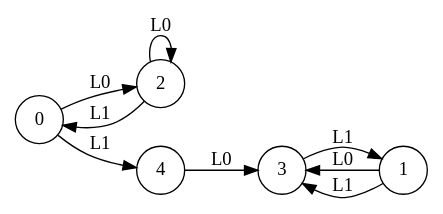
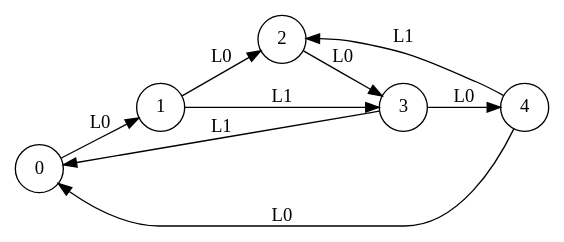
Before and after one commit to k85-ai/KB1: the diagram in automata/automaton_5_2_2_2.dot, drawn with Graphviz. The commit also changed 441 other files, not shown here.

```diff
--- a/automata/automaton_5_2_2_2.dot
+++ b/automata/automaton_5_2_2_2.dot
@@ -1,16 +1,16 @@
 digraph dotMachine {
   rankdir=LR;
   0 [shape=circle, label="0"];
   1 [shape=circle, label="1"];
   2 [shape=circle, label="2"];
   3 [shape=circle, label="3"];
   4 [shape=circle, label="4"];
-  0 -> 4 [label="L1"];
-  0 -> 2 [label="L0"];
-  1 -> 3 [label="L0"];
-  2 -> 2 [label="L0"];
-  2 -> 0 [label="L1"];
-  4 -> 3 [label="L0"];
-  3 -> 1 [label="L1"];
+  0 -> 1 [label="L0"];
+  1 -> 2 [label="L0"];
+  2 -> 3 [label="L0"];
+  3 -> 4 [label="L0"];
+  4 -> 0 [label="L0"];
+  4 -> 2 [label="L1"];
   1 -> 3 [label="L1"];
+  3 -> 0 [label="L1"];
 }
```
